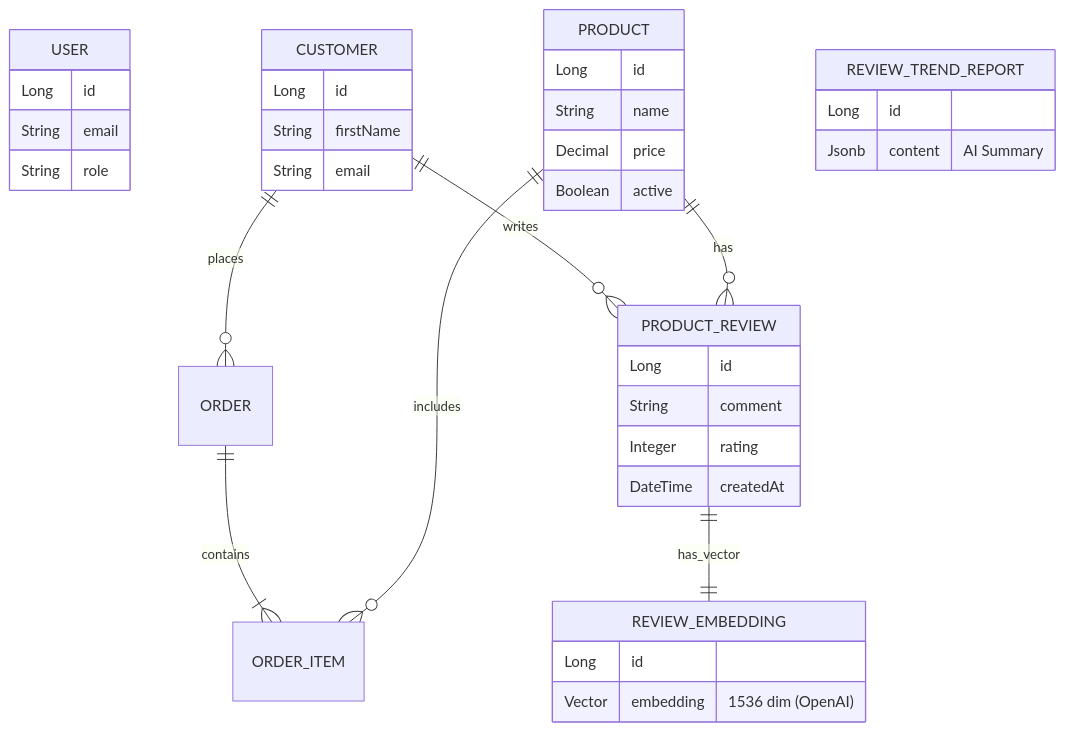
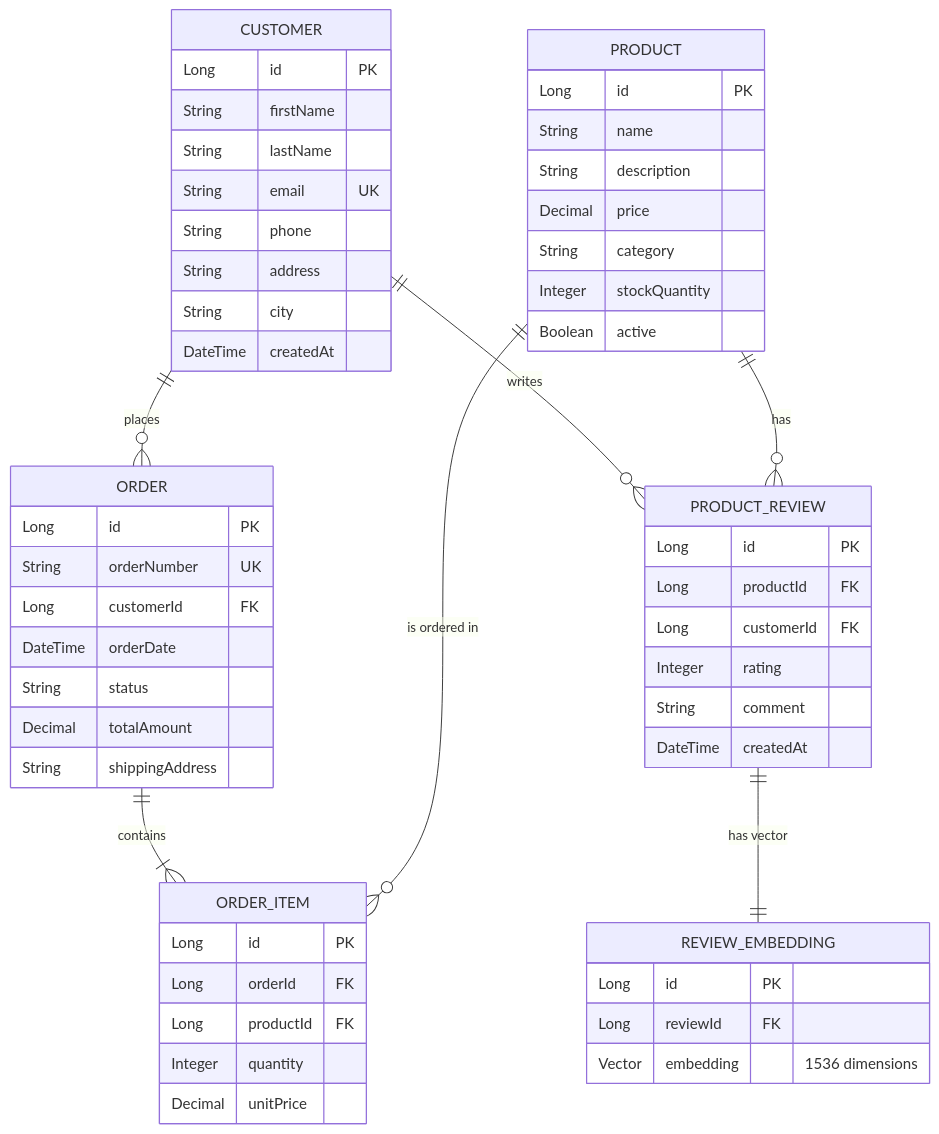
Before and after one commit to Thomas7899/order-management-app: the diagram in README.md, drawn with Mermaid. The commit also changed other lines of this file and 11 other files, not shown here.

````diff
--- a/README.md
+++ b/README.md
@@ -74,40 +178,63 @@
 ```mermaid
 erDiagram
-    USER {
-        Long id
-        String email
-        String role
-    }
     CUSTOMER ||--o{ ORDER : places
     CUSTOMER ||--o{ PRODUCT_REVIEW : writes
     ORDER ||--|{ ORDER_ITEM : contains
-    PRODUCT ||--o{ ORDER_ITEM : includes
-    PRODUCT ||--o{ PRODUCT_REVIEW : has
-    PRODUCT_REVIEW ||--|| REVIEW_EMBEDDING : has_vector
+    PRODUCT ||--o{ ORDER_ITEM : "is ordered in"
+    PRODUCT ||--o{ PRODUCT_REVIEW : "has"
+    PRODUCT_REVIEW ||--|| REVIEW_EMBEDDING : "has vector"
 
     CUSTOMER {
-        Long id
+        Long id PK
         String firstName
-        String email
+        String lastName
+        String email UK
+        String phone
+        String address
+        String city
+        DateTime createdAt
     }
+
+    ORDER {
+        Long id PK
+        String orderNumber UK
+        Long customerId FK
+        DateTime orderDate
+        String status
+        Decimal totalAmount
+        String shippingAddress
+    }
+
+    ORDER_ITEM {
+        Long id PK
+        Long orderId FK
+        Long productId FK
+        Integer quantity
+        Decimal unitPrice
+    }
+
     PRODUCT {
-        Long id
+        Long id PK
         String name
+        String description
         Decimal price
+        String category
+        Integer stockQuantity
         Boolean active
     }
+
     PRODUCT_REVIEW {
-        Long id
+        Long id PK
+        Long productId FK
+        Long customerId FK
+        Integer rating
         String comment
-        Integer rating
         DateTime createdAt
     }
+
     REVIEW_EMBEDDING {
-        Long id
-        Vector embedding "1536 dim (OpenAI)"
-    }
-    REVIEW_TREND_REPORT {
-        Long id
-        Jsonb content "AI Summary"
+        Long id PK
+        Long reviewId FK
+        Vector embedding "1536 dimensions"
     }
 ```
````
